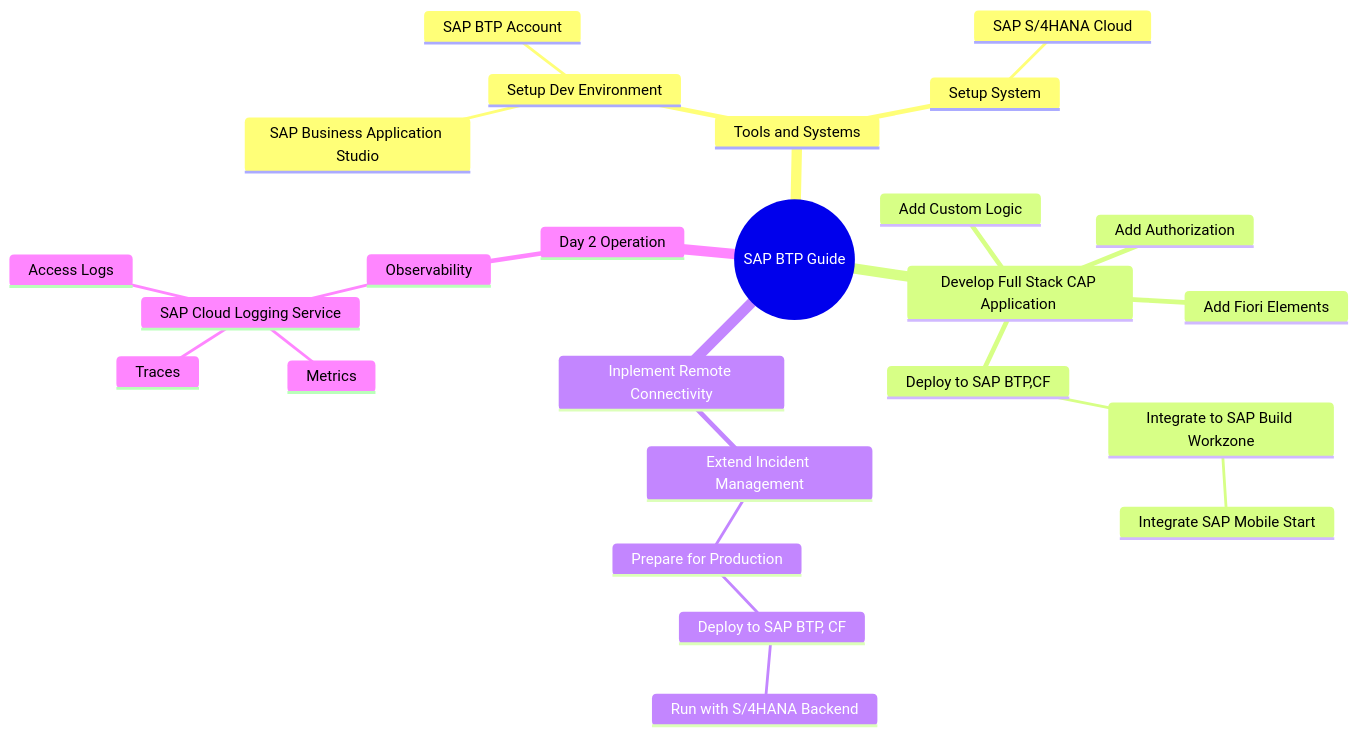
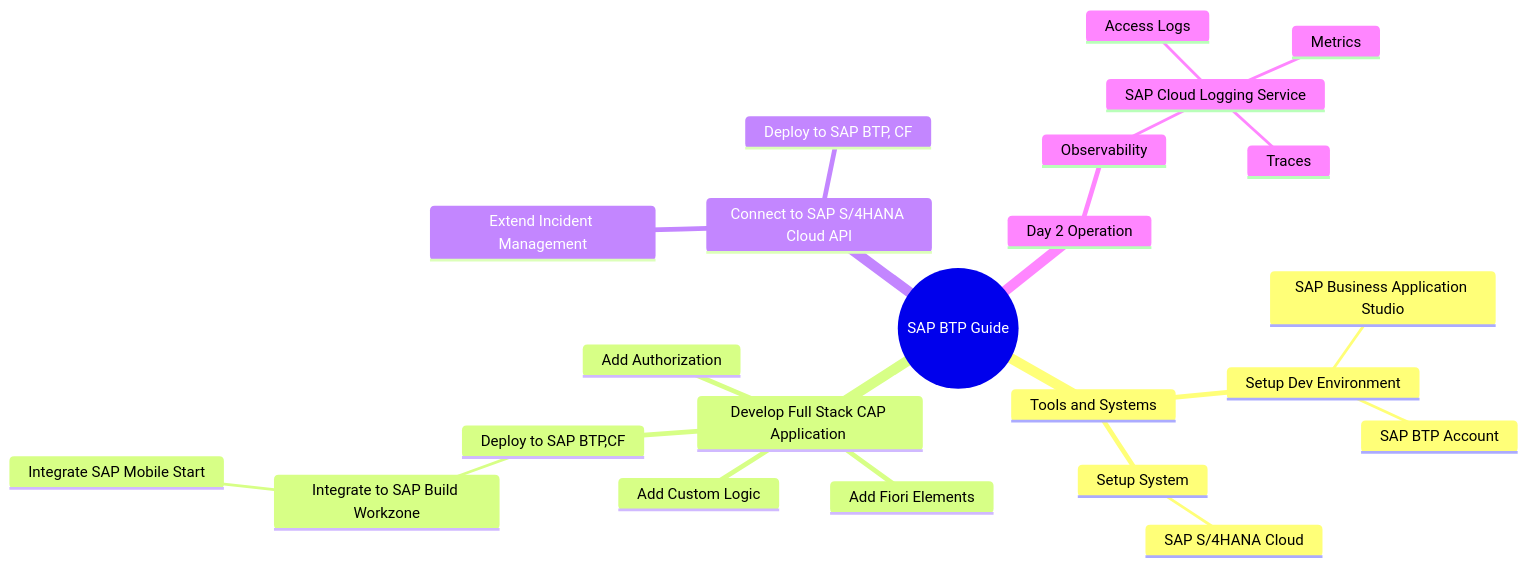
Before and after one commit to SAP-samples/btp-end-to-end-scenario-use-cases: the first of 4 diagrams in topic3/README.md, drawn with Mermaid.

````diff
--- a/topic3/README.md
+++ b/topic3/README.md
@@ -9,28 +9,26 @@
 ```mermaid
    mindmap
   root((SAP BTP Guide))
     Tools and Systems
       Setup Dev Environment
         SAP BTP Account
         SAP Business Application Studio
       Setup System   
         SAP S/4HANA Cloud
     Develop Full Stack CAP Application 
       Add Custom Logic
       Add Fiori Elements
       Add Authorization
       Deploy to SAP BTP,CF
         Integrate to SAP Build Workzone
           Integrate SAP Mobile Start
-    Inplement Remote Connectivity
+    Connect to SAP S/4HANA Cloud API
       Extend Incident Management
-        Prepare for Production
-          Deploy to SAP BTP, CF
-            Run with S/4HANA Backend 
+      Deploy to SAP BTP, CF
     Day 2 Operation
       Observability
         SAP Cloud Logging Service
           Access Logs
           Metrics
           Traces
 ```
````
